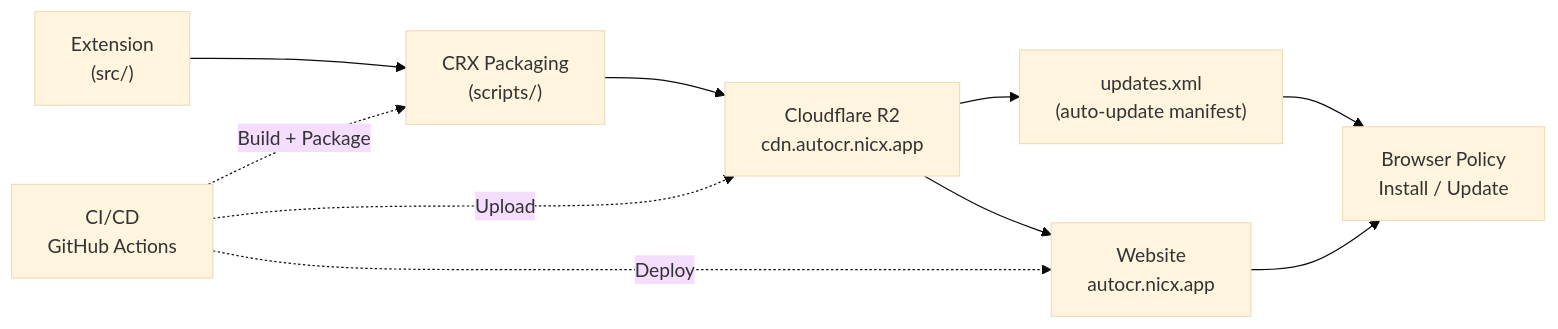
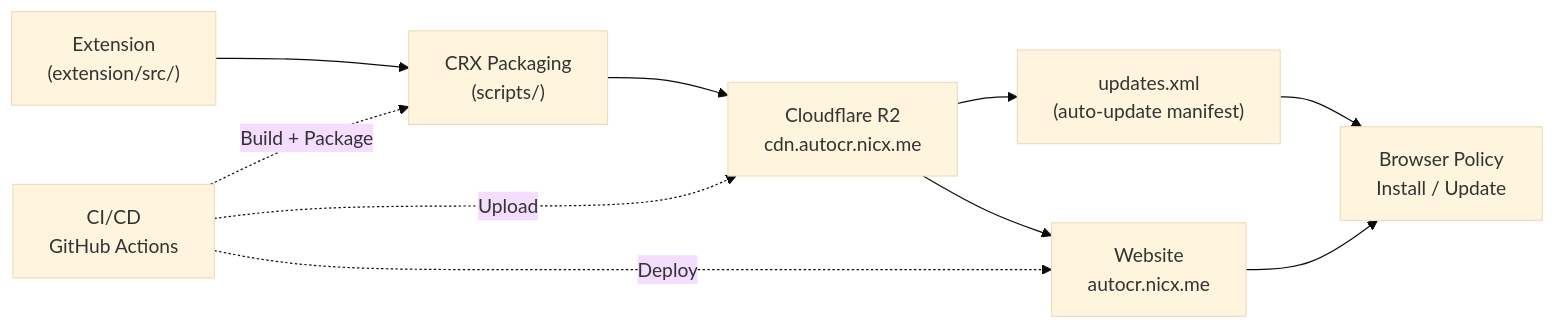
Before and after one commit to NICxKMS/auto-coursera: the diagram in README.md, drawn with Mermaid (base theme). The commit also changed other lines of this file and 113 other files, not shown here.

````diff
--- a/README.md
+++ b/README.md
@@ -7,12 +7,12 @@
 ```mermaid
 flowchart LR
-    EXT["Extension\n(src/)"] --> CRX["CRX Packaging\n(scripts/)"]
-    CRX --> R2["Cloudflare R2\ncdn.autocr.nicx.app"]
+    EXT["Extension\n(extension/src/)"] --> CRX["CRX Packaging\n(scripts/)"]
+    CRX --> R2["Cloudflare R2\ncdn.autocr.nicx.me"]
     R2 --> XML["updates.xml\n(auto-update manifest)"]
-    R2 --> WEB["Website\nautocr.nicx.app"]
+    R2 --> WEB["Website\nautocr.nicx.me"]
     XML --> BROWSER["Browser Policy\nInstall / Update"]
     WEB --> BROWSER
     CICD["CI/CD\nGitHub Actions"] -.->|"Build + Package"| CRX
     CICD -.->|"Upload"| R2
     CICD -.->|"Deploy"| WEB
 ```
````
